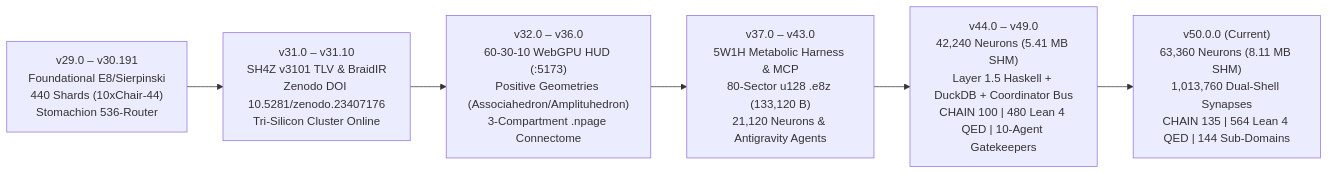
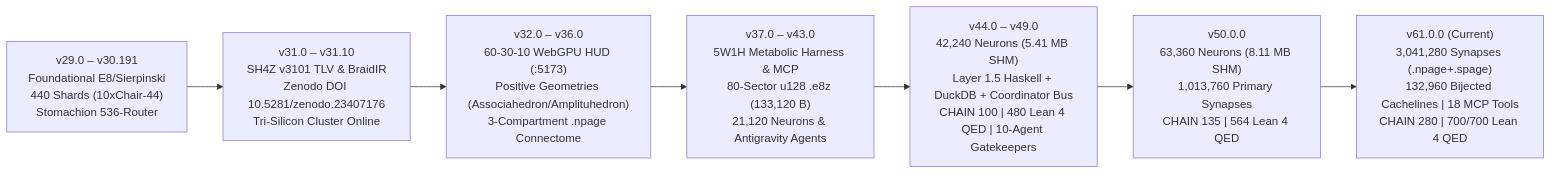
The diagram in ROSETTA_STONE_AND_FORMAL_ARCHITECTURE_EVOLUTION.md (bospaladin34-crypto/Sovereign-Manifold-V30-A.P.H.U.S-), drawn with Mermaid before and after one commit. The commit also changed other lines of this file and 71 other files, not shown here.

Commit message:
docs(roadmap): record 1:1 formalisms (v61.14 G1-G12), Bleeding Edge Synthesis 1-5, 7777D lift, and G-Drive Groups A-G (Handoffs #1-#6) with verified cluster hardware specs

````diff
--- a/ROSETTA_STONE_AND_FORMAL_ARCHITECTURE_EVOLUTION.md
+++ b/ROSETTA_STONE_AND_FORMAL_ARCHITECTURE_EVOLUTION.md
@@ -92,8 +114,9 @@
 ```mermaid
 flowchart LR
     V29["v29.0 – v30.191\nFoundational E8/Sierpinski\n440 Shards (10xChair-44)\nStomachion 536-Router"] --> V31["v31.0 – v31.10\nSH4Z v3101 TLV & BraidIR\nZenodo DOI 10.5281/zenodo.23407176\nTri-Silicon Cluster Online"]
     V31 --> V32_36["v32.0 – v36.0\n60-30-10 WebGPU HUD (:5173)\nPositive Geometries (Associahedron/Amplituhedron)\n3-Compartment .npage Connectome"]
     V32_36 --> V37_43["v37.0 – v43.0\n5W1H Metabolic Harness & MCP\n80-Sector u128 .e8z (133,120 B)\n21,120 Neurons & Antigravity Agents"]
     V37_43 --> V44_49["v44.0 – v49.0\n42,240 Neurons (5.41 MB SHM)\nLayer 1.5 Haskell + DuckDB + Coordinator Bus\nCHAIN 100 | 480 Lean 4 QED | 10-Agent Gatekeepers"]
-    V44_49 --> V50["v50.0.0 (Current)\n63,360 Neurons (8.11 MB SHM)\n1,013,760 Dual-Shell Synapses\nCHAIN 135 | 564 Lean 4 QED | 144 Sub-Domains"]
+    V44_49 --> V50["v50.0.0\n63,360 Neurons (8.11 MB SHM)\n1,013,760 Primary Synapses\nCHAIN 135 | 564 Lean 4 QED"]
+    V50 --> V61["v61.0.0 (Current)\n3,041,280 Synapses (.npage+.spage)\n132,960 Bijected Cachelines | 18 MCP Tools\nCHAIN 280 | 700/700 Lean 4 QED"]
 ```
````
